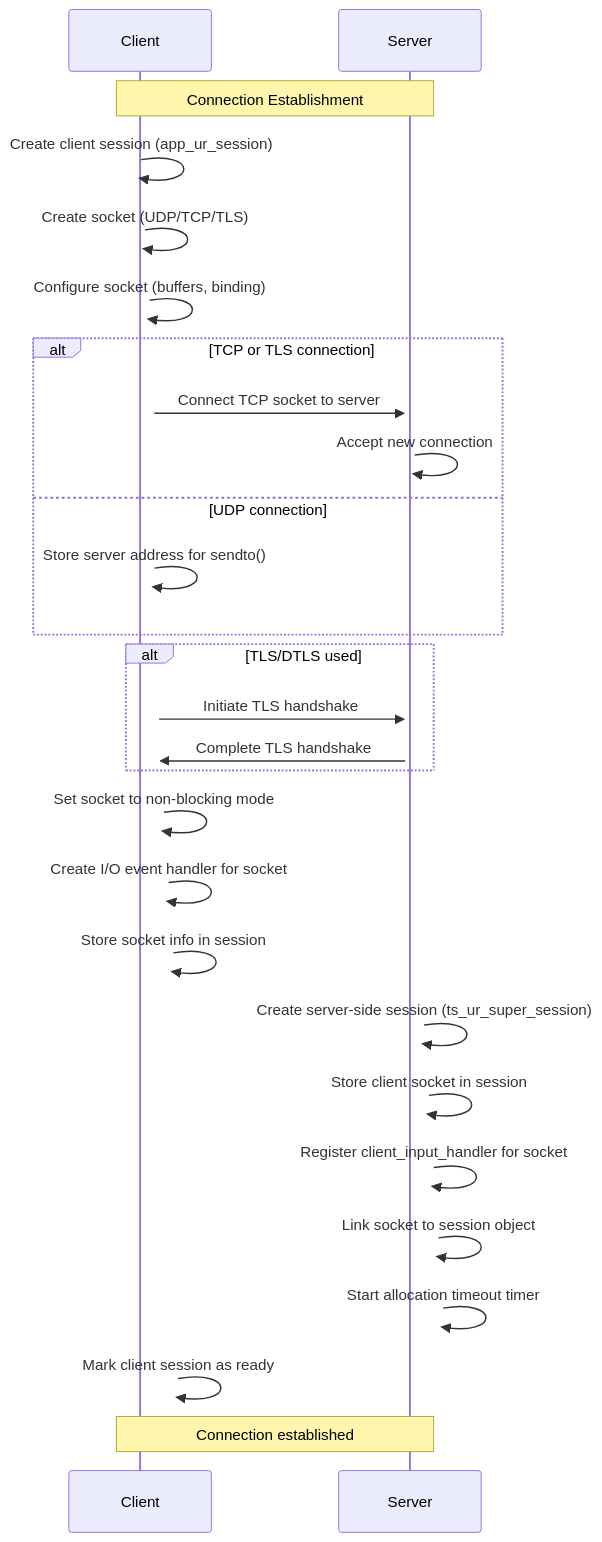
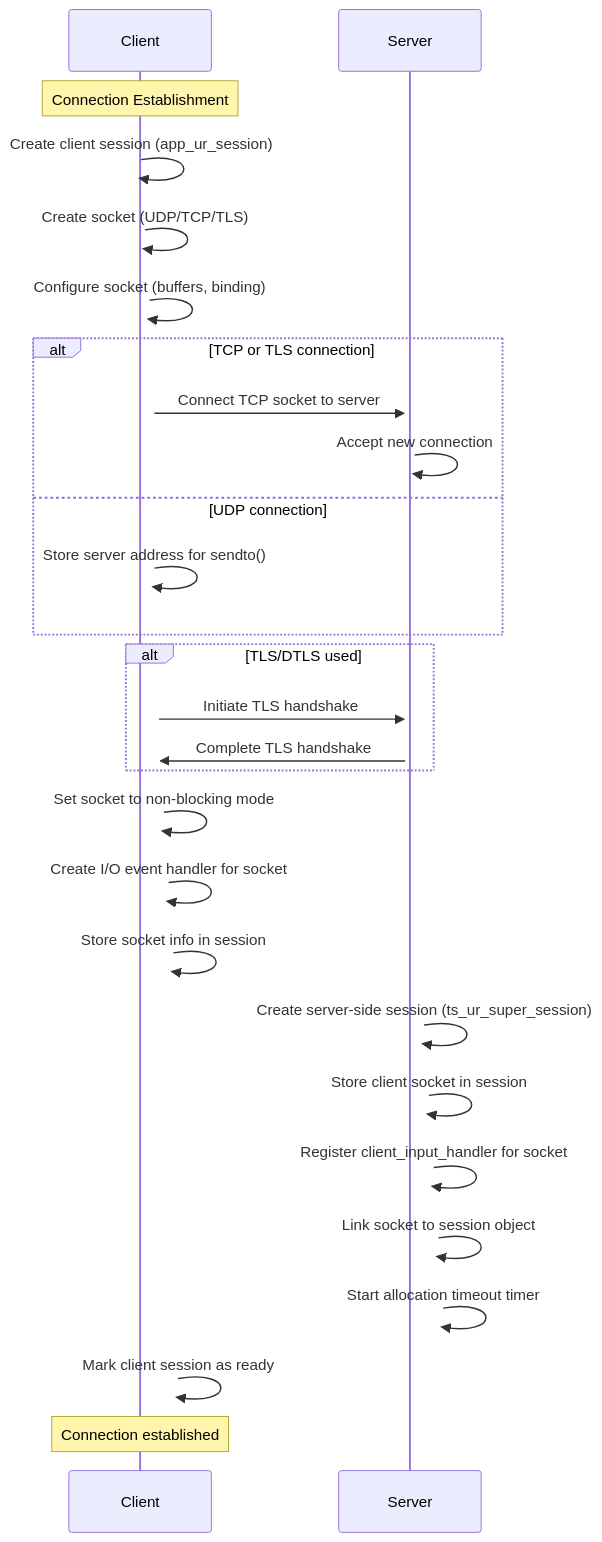
Before and after one commit to hdvt/turn-design: the first of 5 diagrams in sequence-diagram.md, drawn with Mermaid. The commit also changed other lines of this file, not shown here.

````diff
--- a/sequence-diagram.md
+++ b/sequence-diagram.md
@@ -314,37 +3,37 @@
 ```mermaid
 sequenceDiagram
     participant Client
     participant Server
     
-    Note over Client,Server: Connection Establishment
+    Note over Client: Connection Establishment
     
     Client->>+Client: Create client session (app_ur_session)
     Client->>+Client: Create socket (UDP/TCP/TLS)
     Client->>+Client: Configure socket (buffers, binding)
     
     alt TCP or TLS connection
         Client->>+Server: Connect TCP socket to server
         Server->>+Server: Accept new connection
     else UDP connection
         Client->>+Client: Store server address for sendto()
     end
     
     alt TLS/DTLS used
         Client->>+Server: Initiate TLS handshake
         Server->>+Client: Complete TLS handshake
     end
     
     Client->>+Client: Set socket to non-blocking mode
     Client->>+Client: Create I/O event handler for socket
     Client->>+Client: Store socket info in session
     
     Server->>+Server: Create server-side session (ts_ur_super_session)
     Server->>+Server: Store client socket in session
     Server->>+Server: Register client_input_handler for socket
     Server->>+Server: Link socket to session object
     Server->>+Server: Start allocation timeout timer
     
     Client->>+Client: Mark client session as ready
     
-    Note over Client,Server: Connection established
+    Note over Client: Connection established
 ```
````
